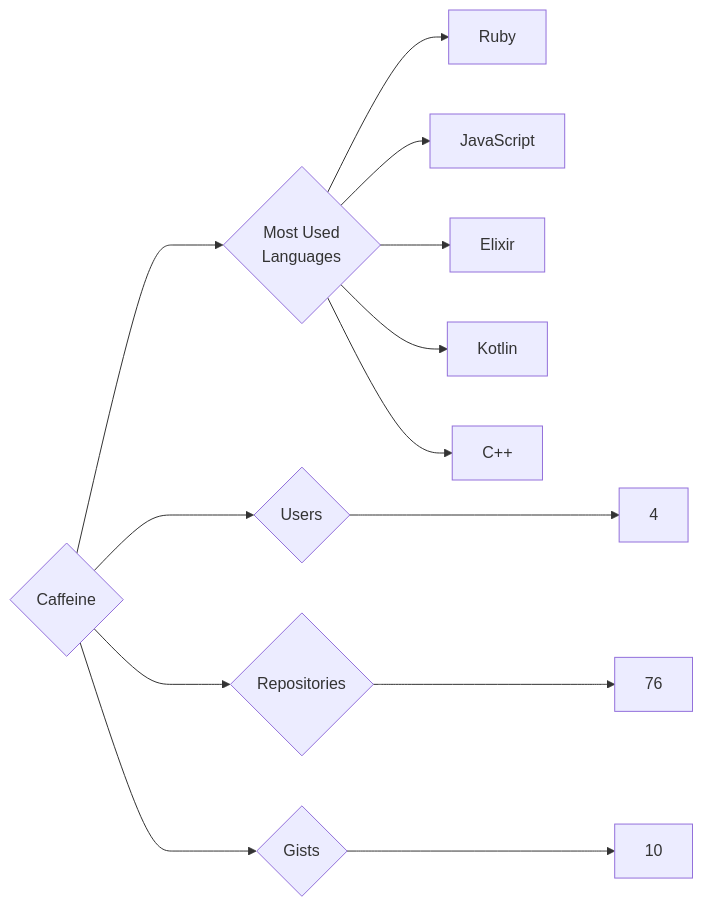
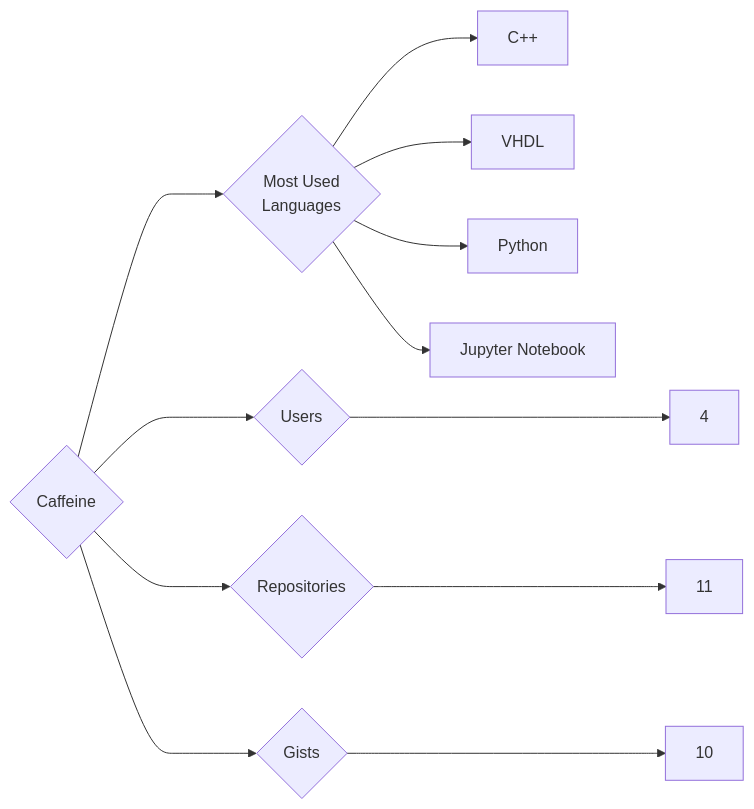
One commit to trickest/insiders changed the diagram in targets/Caffeine/README.md. Above: the diagram before and after it, drawn with Mermaid. The commit also changed 1084 other files, not shown here.

````diff
--- a/targets/Caffeine/README.md
+++ b/targets/Caffeine/README.md
@@ -3,13 +3,12 @@
 ```mermaid
 graph LR
 COMPANY_NAME{Caffeine}
 COMPANY_NAME ---> U{Users} ---> UN[4]
-COMPANY_NAME ---> R{Repositories} ---> RN[76]
+COMPANY_NAME ---> R{Repositories} ---> RN[11]
 COMPANY_NAME ---> G{Gists} ---> GN[10]
 COMPANY_NAME ---> ML{Most Used<br>Languages}
-ML --> Ruby[Ruby]
-ML --> JavaScript[JavaScript]
-ML --> Elixir[Elixir]
-ML --> Kotlin[Kotlin]
 ML --> C++[C++]
+ML --> VHDL[VHDL]
+ML --> Python[Python]
+ML --> Jupyter_Notebook[Jupyter Notebook]
 ```
````
